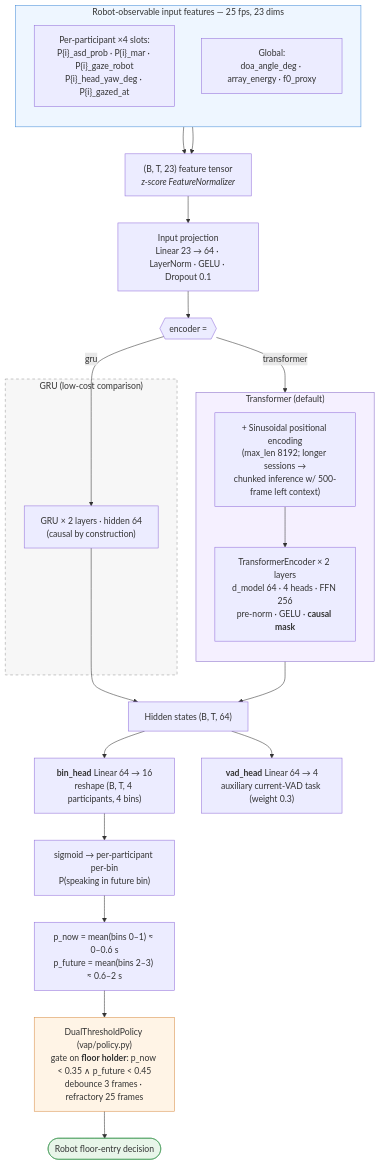
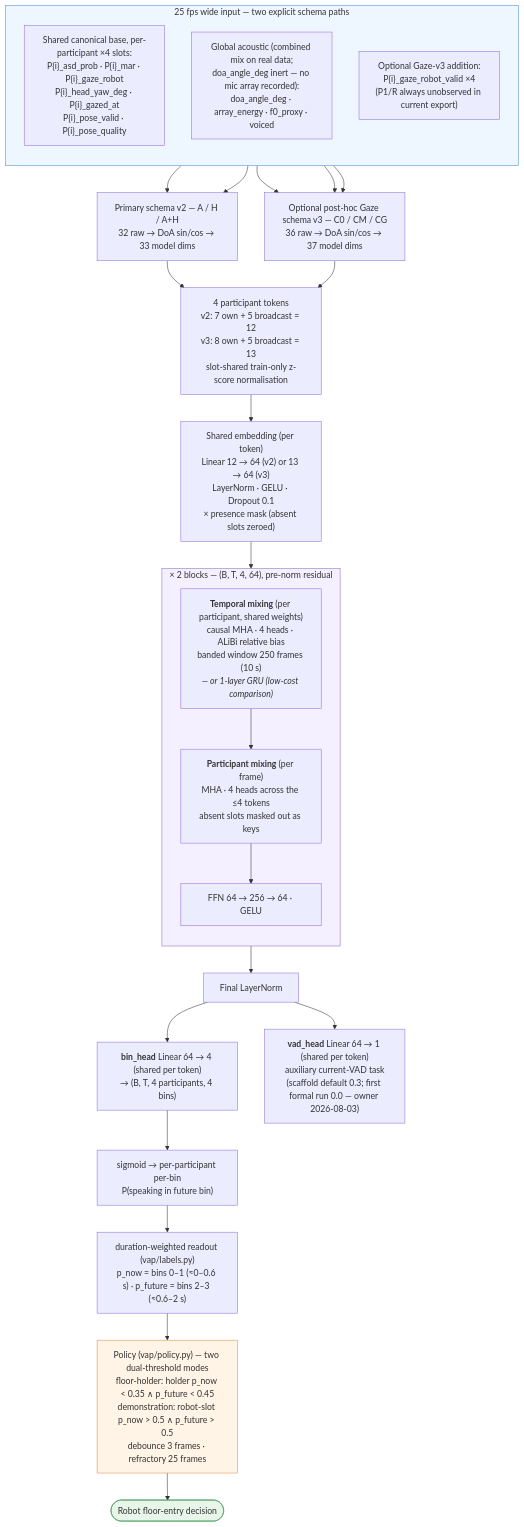
Before and after one commit to LeGendZyx/hri-turn-taking: the first of 2 diagrams in ARCHITECTURE.md, drawn with Mermaid. The commit also changed other lines of this file and 156 other files, not shown here.

````diff
--- a/ARCHITECTURE.md
+++ b/ARCHITECTURE.md
@@ -9,49 +12,44 @@
 ```mermaid
 flowchart TB
-    subgraph INPUT["Robot-observable input features — 25 fps, 23 dims"]
+    subgraph INPUT["25 fps wide input — two explicit schema paths"]
         direction TB
-        PF["Per-participant ×4 slots:<br/>P{i}_asd_prob · P{i}_mar · P{i}_gaze_robot<br/>P{i}_head_yaw_deg · P{i}_gazed_at"]
-        GF["Global:<br/>doa_angle_deg · array_energy · f0_proxy"]
+        PF["Shared canonical base, per-participant ×4 slots:<br/>P{i}_asd_prob · P{i}_mar · P{i}_gaze_robot<br/>P{i}_head_yaw_deg · P{i}_gazed_at<br/>P{i}_pose_valid · P{i}_pose_quality"]
+        GF["Global acoustic (combined mix on real data;<br/>doa_angle_deg inert — no mic array recorded):<br/>doa_angle_deg · array_energy · f0_proxy · voiced"]
+        GV["Optional Gaze-v3 addition:<br/>P{i}_gaze_robot_valid ×4<br/>(P1/R always unobserved in current export)"]
     end
 
-    PF --> CAT["(B, T, 23) feature tensor<br/><i>z-score FeatureNormalizer</i>"]
-    GF --> CAT
+    PF --> V2["Primary schema v2 — A / H / A+H<br/>32 raw → DoA sin/cos → 33 model dims"]
+    GF --> V2
+    PF --> V3["Optional post-hoc Gaze schema v3 — C0 / CM / CG<br/>36 raw → DoA sin/cos → 37 model dims"]
+    GF --> V3
+    GV --> V3
 
-    CAT --> PROJ["Input projection<br/>Linear 23 → 64 · LayerNorm · GELU · Dropout 0.1"]
+    V2 --> TOK["4 participant tokens<br/>v2: 7 own + 5 broadcast = 12<br/>v3: 8 own + 5 broadcast = 13<br/>slot-shared train-only z-score normalisation"]
+    V3 --> TOK
+    TOK --> EMB["Shared embedding (per token)<br/>Linear 12 → 64 (v2) or 13 → 64 (v3)<br/>LayerNorm · GELU · Dropout 0.1<br/>× presence mask (absent slots zeroed)"]
 
-    PROJ --> CHOICE{{"encoder ="}}
+    EMB --> BLK
 
-    subgraph TF["Transformer (default)"]
+    subgraph BLK["× 2 blocks — (B, T, 4, 64), pre-norm residual"]
         direction TB
-        PE["+ Sinusoidal positional encoding<br/>(max_len 8192; longer sessions →<br/>chunked inference w/ 500-frame left context)"]
-        TE["TransformerEncoder × 2 layers<br/>d_model 64 · 4 heads · FFN 256<br/>pre-norm · GELU · <b>causal mask</b>"]
-        PE --> TE
+        TEMP["<b>Temporal mixing</b> (per participant, shared weights)<br/>causal MHA · 4 heads · ALiBi relative bias<br/>banded window 250 frames (10 s)<br/><i>— or 1-layer GRU (low-cost comparison)</i>"]
+        PART["<b>Participant mixing</b> (per frame)<br/>MHA · 4 heads across the ≤4 tokens<br/>absent slots masked out as keys"]
+        FFN["FFN 64 → 256 → 64 · GELU"]
+        TEMP --> PART --> FFN
     end
 
-    subgraph GRU["GRU (low-cost comparison)"]
-        GR["GRU × 2 layers · hidden 64<br/>(causal by construction)"]
-    end
-
-    CHOICE -->|"transformer"| PE
-    CHOICE -->|"gru"| GR
-
-    TE --> H["Hidden states (B, T, 64)"]
-    GR --> H
-
-    H --> BH["<b>bin_head</b> Linear 64 → 16<br/>reshape (B, T, 4 participants, 4 bins)"]
-    H --> VH["<b>vad_head</b> Linear 64 → 4<br/>auxiliary current-VAD task (weight 0.3)"]
+    BLK --> NORM["Final LayerNorm"]
+    NORM --> BH["<b>bin_head</b> Linear 64 → 4 (shared per token)<br/>→ (B, T, 4 participants, 4 bins)"]
+    NORM --> VH["<b>vad_head</b> Linear 64 → 1 (shared per token)<br/>auxiliary current-VAD task<br/>(scaffold default 0.3; first formal run 0.0 — owner 2026-08-03)"]
 
     BH --> SIG["sigmoid → per-participant per-bin<br/>P(speaking in future bin)"]
+    SIG --> READ["duration-weighted readout (vap/labels.py)<br/>p_now = bins 0–1 (≈0–0.6 s) · p_future = bins 2–3 (≈0.6–2 s)"]
 
-    SIG --> READ["p_now = mean(bins 0–1) ≈ 0–0.6 s<br/>p_future = mean(bins 2–3) ≈ 0.6–2 s"]
-
-    READ --> POL["DualThresholdPolicy (vap/policy.py)<br/>gate on <b>floor holder</b>: p_now &lt; 0.35 ∧ p_future &lt; 0.45<br/>debounce 3 frames · refractory 25 frames"]
-
+    READ --> POL["Policy (vap/policy.py) — two dual-threshold modes<br/>floor-holder: holder p_now &lt; 0.35 ∧ p_future &lt; 0.45<br/>demonstration: robot-slot p_now &gt; 0.5 ∧ p_future &gt; 0.5<br/>debounce 3 frames · refractory 25 frames"]
     POL --> ACT(["Robot floor-entry decision"])
 
     style INPUT fill:#eef6ff,stroke:#4a90d9
-    style TF fill:#f5f0ff,stroke:#8a6dc9
-    style GRU fill:#f7f7f7,stroke:#999,stroke-dasharray: 5 5
+    style BLK fill:#f5f0ff,stroke:#8a6dc9
     style POL fill:#fff4e6,stroke:#d9904a
     style ACT fill:#e8f5e9,stroke:#4a9d5b
 ```
````
